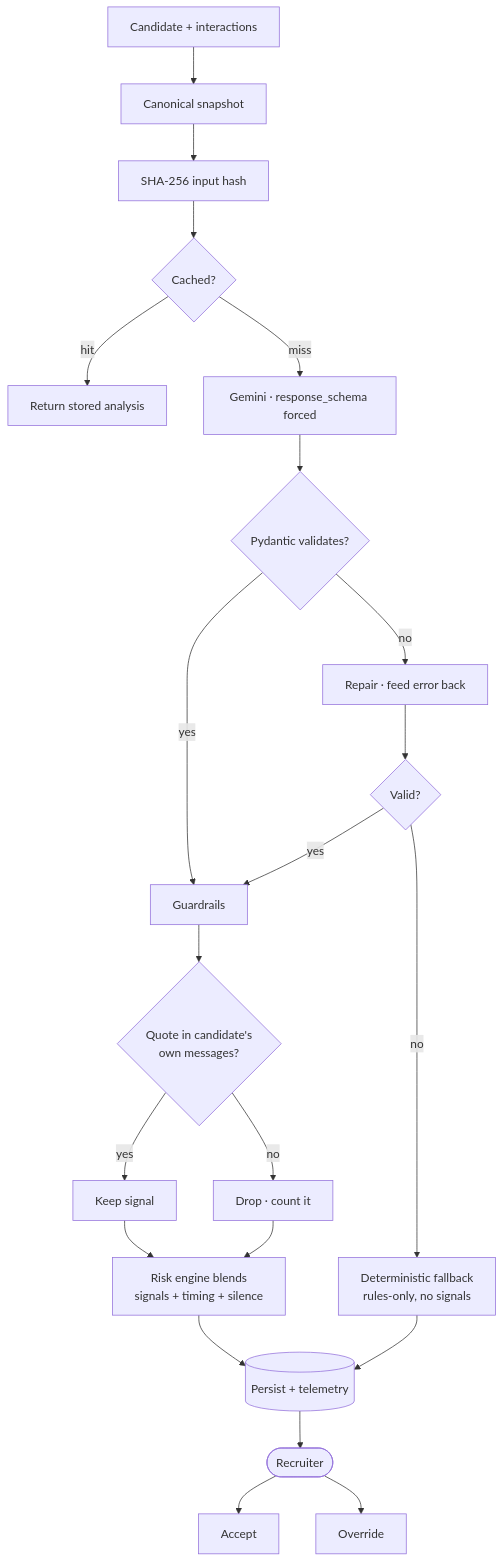
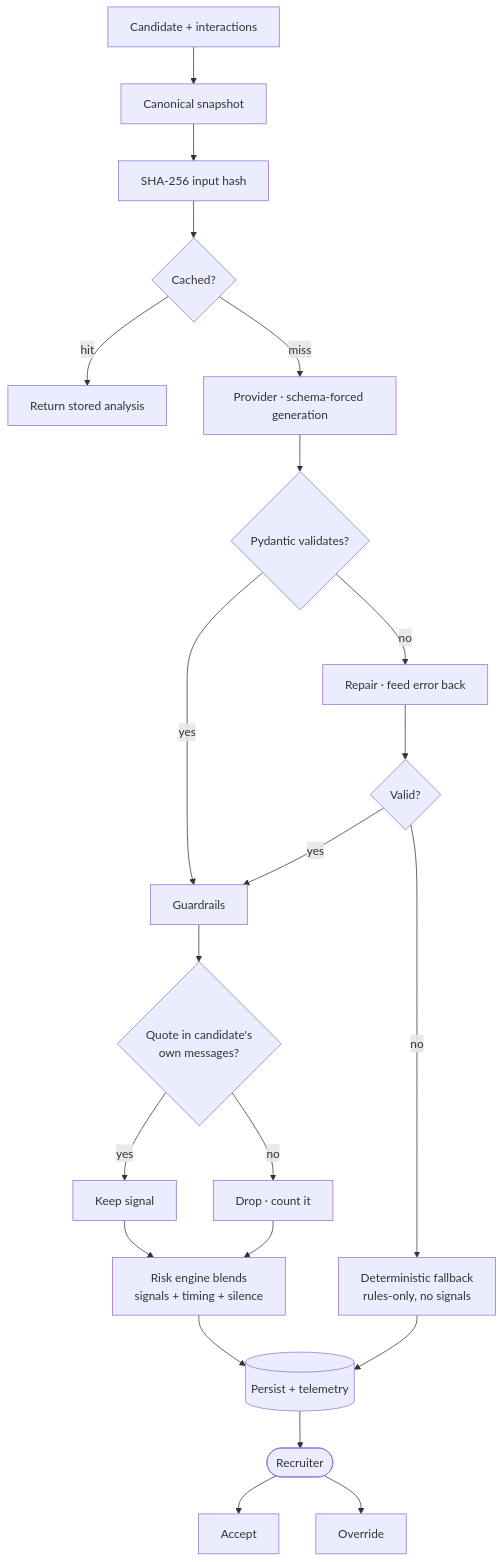
One commit to rezbites/AI-Powered-Post-Offer-Engagement-Platform changed the third of 6 diagrams in README.md. Above: the diagram before and after it, drawn with Mermaid. The commit also changed other lines of this file and 3 other files, not shown here.

First line of the commit message:
Complete remaining stages: integration tests, decisions doc, diagrams

````diff
--- a/README.md
+++ b/README.md
@@ -186,24 +190,24 @@
 ```mermaid
 flowchart TD
     S[Candidate + interactions] --> SNAP[Canonical snapshot]
     SNAP --> HASH[SHA-256 input hash]
     HASH --> CACHE{Cached?}
     CACHE -->|hit| DONE[Return stored analysis]
-    CACHE -->|miss| GEN[Gemini · response_schema forced]
+    CACHE -->|miss| GEN[Provider · schema-forced generation]
     GEN --> VAL{Pydantic validates?}
     VAL -->|yes| GUARD[Guardrails]
     VAL -->|no| REPAIR[Repair · feed error back]
     REPAIR --> VAL2{Valid?}
     VAL2 -->|yes| GUARD
     VAL2 -->|no| FB[Deterministic fallback<br/>rules-only, no signals]
     GUARD --> GROUND{Quote in candidate's<br/>own messages?}
     GROUND -->|yes| KEEP[Keep signal]
     GROUND -->|no| DROP[Drop · count it]
     KEEP --> BLEND[Risk engine blends<br/>signals + timing + silence]
     DROP --> BLEND
     FB --> PERSIST[(Persist + telemetry)]
     BLEND --> PERSIST
     PERSIST --> REC([Recruiter])
     REC --> ACC[Accept]
     REC --> OVR[Override]
 ```
````
